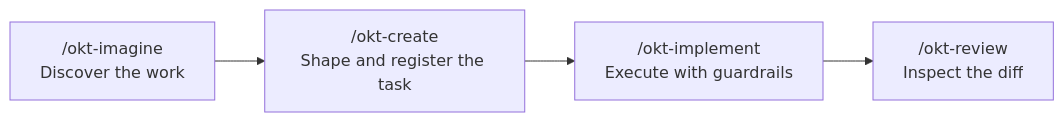
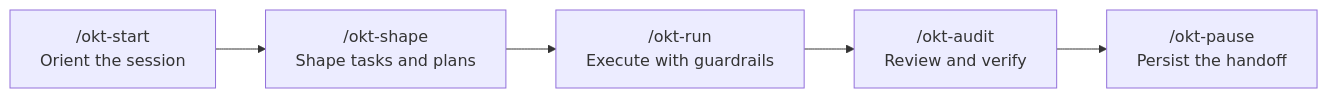
One commit to This-Is-NPC/omakiten changed the second of 2 diagrams in README.md. Above: the diagram before and after it, drawn with Mermaid. The commit also changed other lines of this file and 22 other files, not shown here.

````diff
--- a/README.md
+++ b/README.md
@@ -78,9 +78,10 @@
 ```mermaid
 flowchart LR
-    imagine["/okt-imagine<br/>Discover the work"]
-    create["/okt-create<br/>Shape and register the task"]
-    implement["/okt-implement<br/>Execute with guardrails"]
-    review["/okt-review<br/>Inspect the diff"]
+    start["/okt-start<br/>Orient the session"]
+    shape["/okt-shape<br/>Shape tasks and plans"]
+    run["/okt-run<br/>Execute with guardrails"]
+    audit["/okt-audit<br/>Review and verify"]
+    pause["/okt-pause<br/>Persist the handoff"]
 
-    imagine --> create --> implement --> review
+    start --> shape --> run --> audit --> pause
 ```
````
